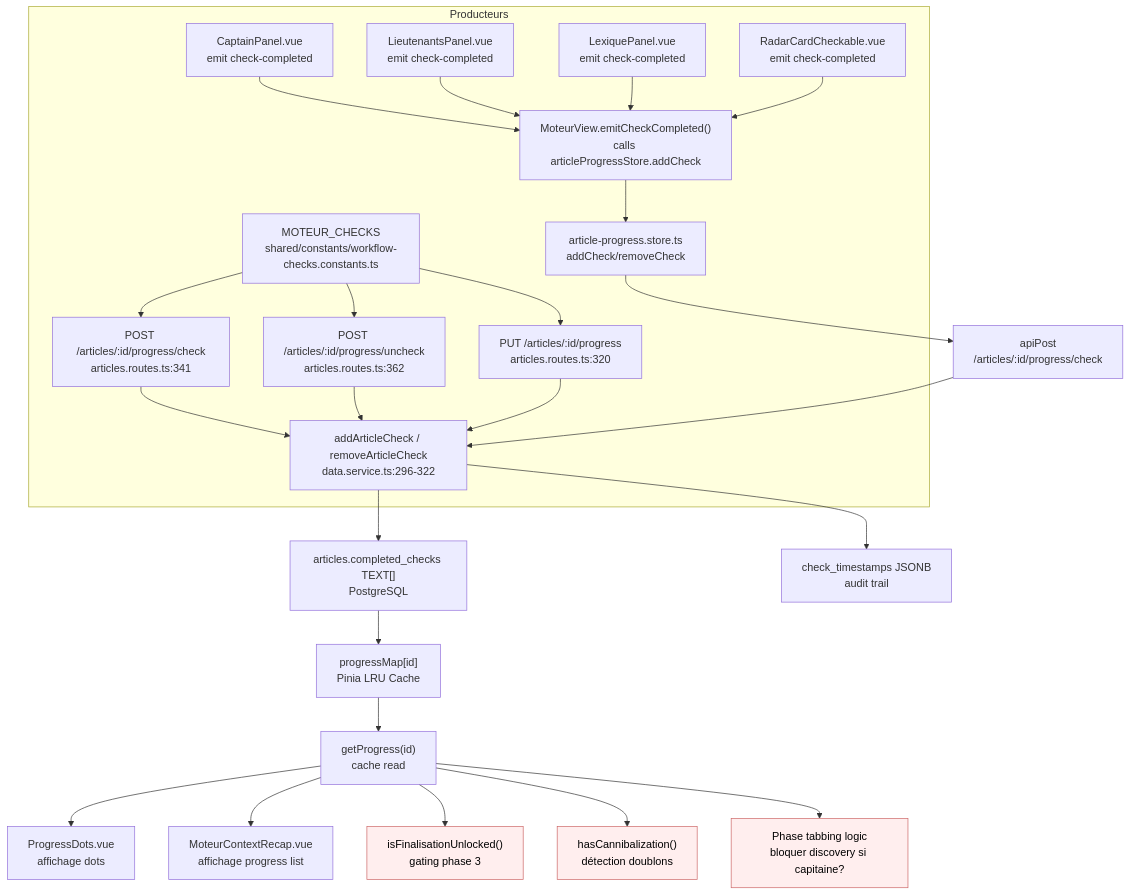
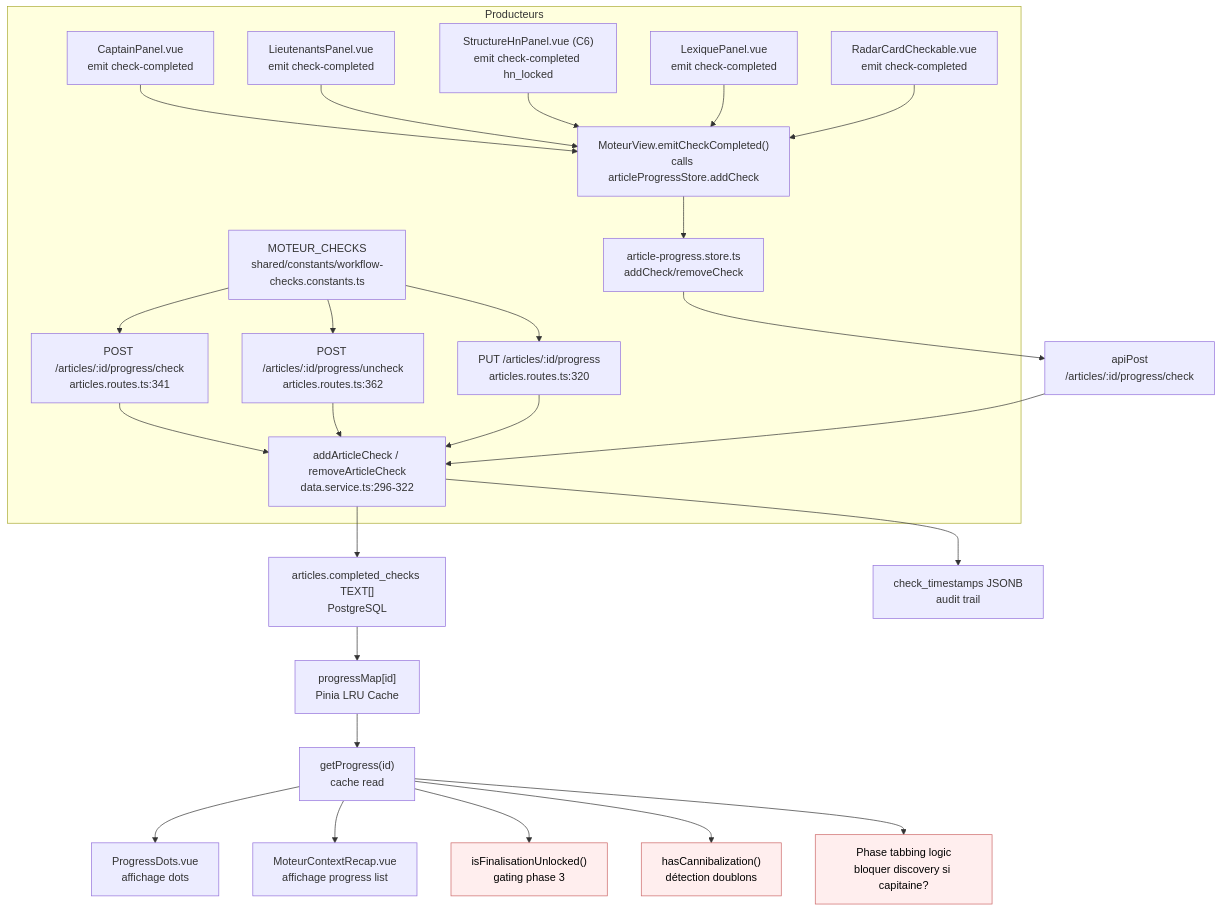
The diagram in docs/data-flows/completed-checks.md (annubis-knight/Blog_Redactor_SEO), drawn with Mermaid before and after one commit. The commit also changed other lines of this file and 11 other files, not shown here.

````diff
--- a/docs/data-flows/completed-checks.md
+++ b/docs/data-flows/completed-checks.md
@@ -124,48 +129,50 @@
 ```mermaid
 flowchart TD
     subgraph Producteurs["Producteurs"]
         Const["MOTEUR_CHECKS<br/>shared/constants/workflow-checks.constants.ts"]
         EP1["POST /articles/:id/progress/check<br/>articles.routes.ts:341"]
         EP2["POST /articles/:id/progress/uncheck<br/>articles.routes.ts:362"]
         EP3["PUT /articles/:id/progress<br/>articles.routes.ts:320"]
         SVC["addArticleCheck / removeArticleCheck<br/>data.service.ts:296-322"]
         CaptainC["CaptainPanel.vue<br/>emit check-completed"]
         LieutenantC["LieutenantsPanel.vue<br/>emit check-completed"]
+        StructureC["StructureHnPanel.vue (C6)<br/>emit check-completed hn_locked"]
         LexiqueC["LexiquePanel.vue<br/>emit check-completed"]
         RadarC["RadarCardCheckable.vue<br/>emit check-completed"]
         MView["MoteurView.emitCheckCompleted()<br/>calls articleProgressStore.addCheck"]
         Store["article-progress.store.ts<br/>addCheck/removeCheck"]
     end
     
     Const --> EP1
     Const --> EP2
     Const --> EP3
     
     CaptainC --> MView
     LieutenantC --> MView
+    StructureC --> MView
     LexiqueC --> MView
     RadarC --> MView
     
     MView --> Store
     EP1 --> SVC
     EP2 --> SVC
     EP3 --> SVC
     
     Store --> API["apiPost<br/>/articles/:id/progress/check"]
     API --> SVC
     
     SVC --> DB["articles.completed_checks TEXT[]<br/>PostgreSQL"]
     SVC --> TS["check_timestamps JSONB<br/>audit trail"]
     
     DB --> Cache["progressMap[id]<br/>Pinia LRU Cache"]
     Cache --> GetProg["getProgress(id)<br/>cache read"]
     
     GetProg --> Dots["ProgressDots.vue<br/>affichage dots"]
     GetProg --> Recap["MoteurContextRecap.vue<br/>affichage progress list"]
     GetProg --> Gate["isFinalisationUnlocked()<br/>gating phase 3"]:::calc
     GetProg --> Canib["hasCannibalization()<br/>détection doublons"]:::calc
     GetProg --> TabCtrl["Phase tabbing logic<br/>bloquer discovery si capitaine?"]:::calc
     
     classDef calc fill:#fee,stroke:#c66,color:#000
     class Gate,Canib,TabCtrl calc
 ```
````
